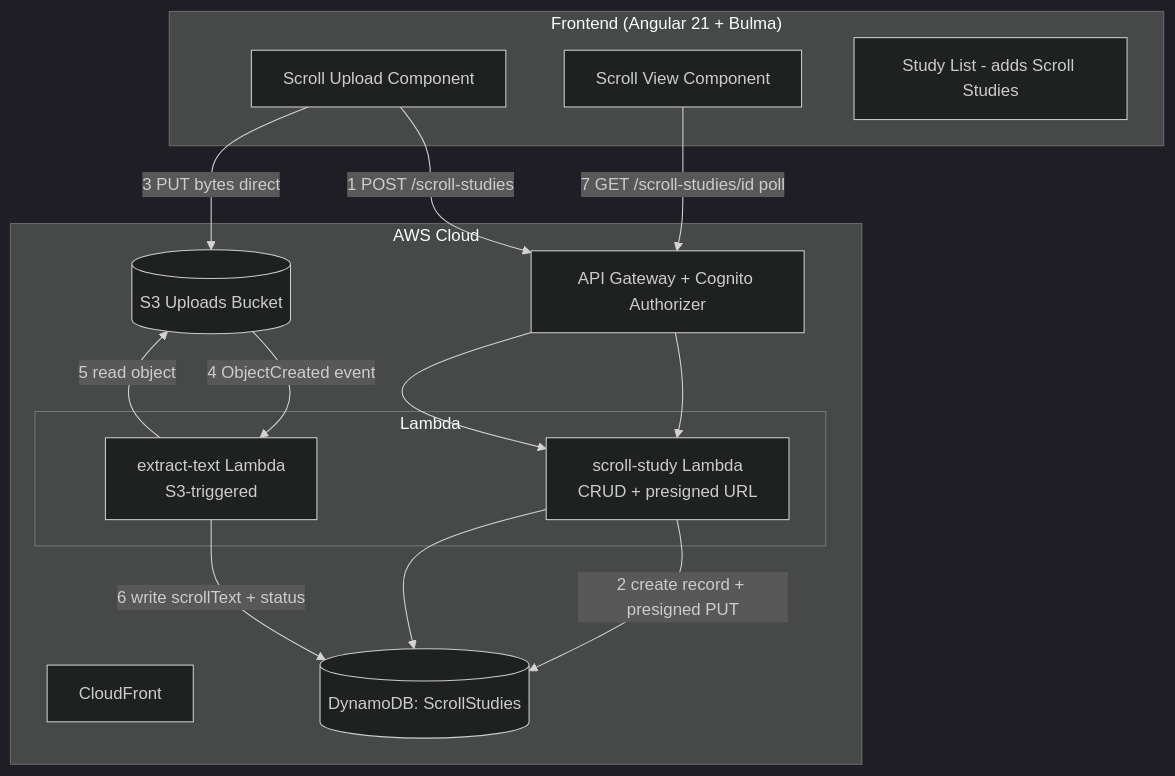
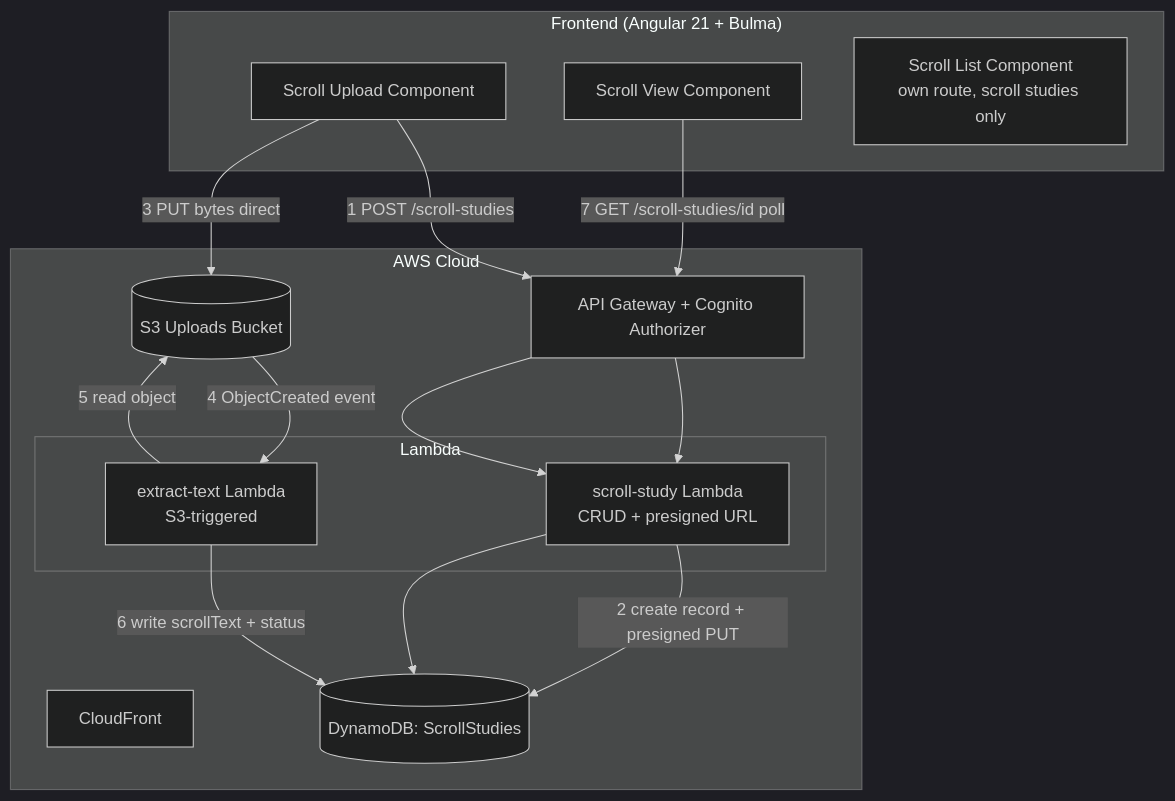
Before and after one commit to trsam1/sbs-assist: the first of 2 diagrams in .kiro/specs/scroll-text-upload/design.md, drawn with Mermaid (dark theme). The commit also changed other lines of this file and 1 other file, not shown here.

Commit message:
docs: keep scroll and word study lists separate per PR #17 review

````diff
--- a/.kiro/specs/scroll-text-upload/design.md
+++ b/.kiro/specs/scroll-text-upload/design.md
@@ -32,28 +32,28 @@
 ```mermaid
 graph TD
     subgraph Frontend ["Frontend (Angular 21 + Bulma)"]
         SU[Scroll Upload Component]
         SV[Scroll View Component]
-        SL[Study List - adds Scroll Studies]
+        SL[Scroll List Component<br/>own route, scroll studies only]
     end
 
     subgraph AWS ["AWS Cloud"]
         CF[CloudFront]
         APIGW[API Gateway + Cognito Authorizer]
         subgraph Lambdas ["Lambda"]
             ScrollFn[scroll-study Lambda<br/>CRUD + presigned URL]
             ExtractFn[extract-text Lambda<br/>S3-triggered]
         end
         UpBucket[(S3 Uploads Bucket)]
         DDB[(DynamoDB: ScrollStudies)]
     end
 
     SU -->|1 POST /scroll-studies| APIGW
     APIGW --> ScrollFn
     ScrollFn -->|2 create record + presigned PUT| DDB
     SU -->|3 PUT bytes direct| UpBucket
     UpBucket -->|4 ObjectCreated event| ExtractFn
     ExtractFn -->|5 read object| UpBucket
     ExtractFn -->|6 write scrollText + status| DDB
     SV -->|7 GET /scroll-studies/id poll| APIGW --> ScrollFn --> DDB
 ```
````
